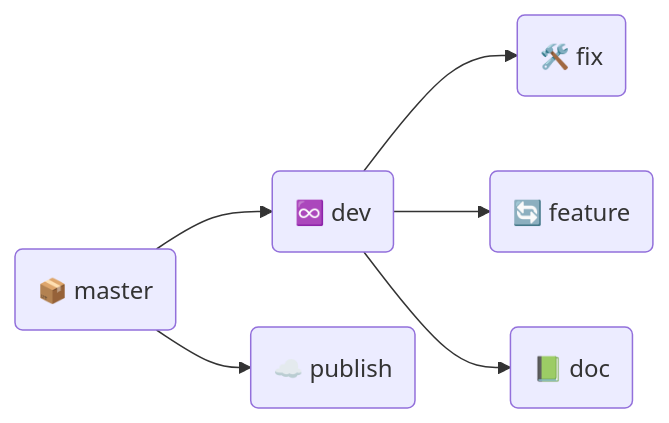
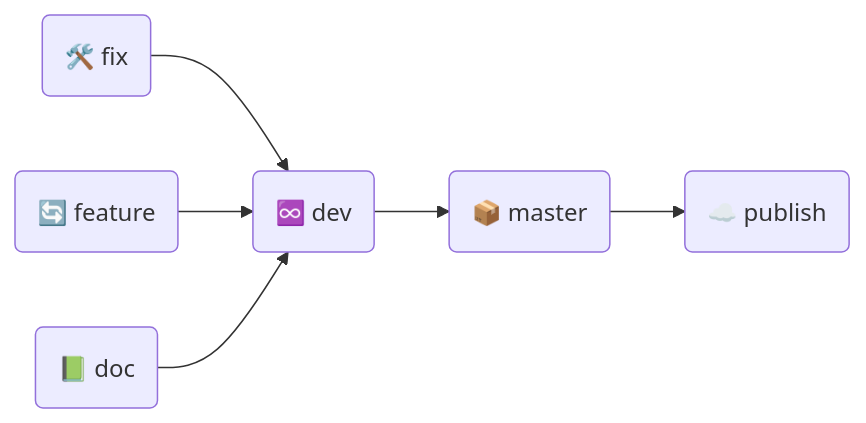
The first of 2 diagrams in README.md (ardhagp/ingrid), drawn with Mermaid before and after one commit. The commit also changed other lines of this file, not shown here.

Commit message:
Fix formatting issues in README.md

````diff
--- a/README.md
+++ b/README.md
@@ -10,8 +10,8 @@
 ```mermaid
 flowchart LR
-id1(📦 master) --> id2(♾️ dev)
-id2(♾️ dev) --> id3(🛠️ fix)
-id2(♾️ dev) --> id4(🔄 feature)
-id2(♾️ dev) --> id5(📗 doc)
+id2(♾️ dev) --> id1(📦 master)
+id3(🛠️ fix) --> id2(♾️ dev)
+id4(🔄 feature) --> id2(♾️ dev)
+id5(📗 doc) --> id2(♾️ dev)
 id1(📦 master) --> id6(☁️ publish)
 ```
````
